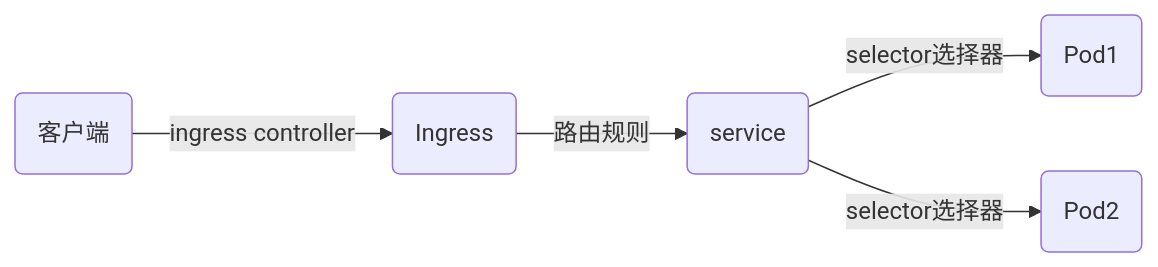
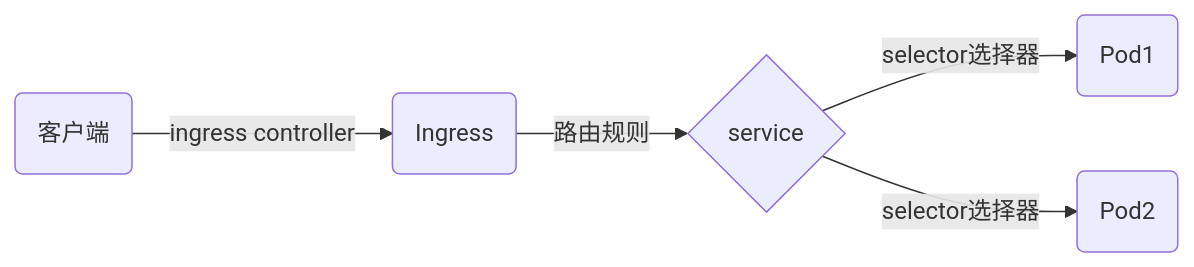
One commit to cmzhublog/cmzhu.cn-blog changed the first of 3 diagrams in k8s/ingress-nginx/02_ingressClass的配置和使用.md. Above: the diagram before and after it, drawn with Mermaid. The commit also changed 4 other files, not shown here.

````diff
--- a/k8s/ingress-nginx/02_ingressClass的配置和使用.md
+++ b/k8s/ingress-nginx/02_ingressClass的配置和使用.md
@@ -21,6 +21,6 @@
 ```mermaid
 graph LR
-  A(客户端) -->|ingress controller| B(Ingress)-->|路由规则| C(service)
+  A(客户端) -->|ingress controller| B(Ingress)-->|路由规则| C{service}
   C-->|selector选择器|D(Pod1)
   C-->|selector选择器|E(Pod2)
 ```
````
